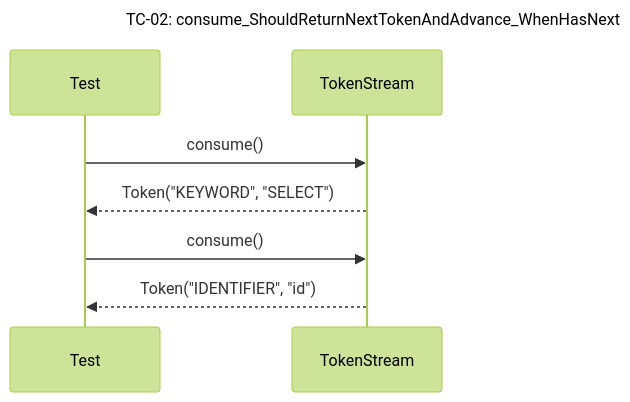
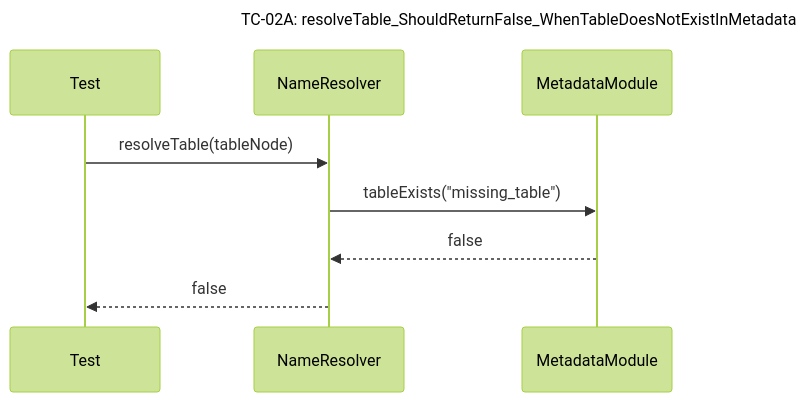
The seventh of 30 diagrams in docs/unit_test/query_prossor/SequeceTestCase.md (Dikhang1112/Database_Management_BBV), drawn with Mermaid (forest theme) before and after one commit. The commit also changed other lines of this file and 2 other files, not shown here.

Commit message:
Add unit test for senetic analysis

````diff
--- a/docs/unit_test/query_prossor/SequeceTestCase.md
+++ b/docs/unit_test/query_prossor/SequeceTestCase.md
@@ -90,11 +109,12 @@
 ```mermaid
 sequenceDiagram
-    title TC-02: consume_ShouldReturnNextTokenAndAdvance_WhenHasNext
+    title TC-02A: resolveTable_ShouldReturnFalse_WhenTableDoesNotExistInMetadata
     participant Test
-    participant TokenStream
+    participant NameResolver
+    participant MetadataModule
 
-    Test->>TokenStream: consume()
-    TokenStream-->>Test: Token("KEYWORD", "SELECT")
-    Test->>TokenStream: consume()
-    TokenStream-->>Test: Token("IDENTIFIER", "id")
+    Test->>NameResolver: resolveTable(tableNode)
+    NameResolver->>MetadataModule: tableExists("missing_table")
+    MetadataModule-->>NameResolver: false
+    NameResolver-->>Test: false
 ```
````
